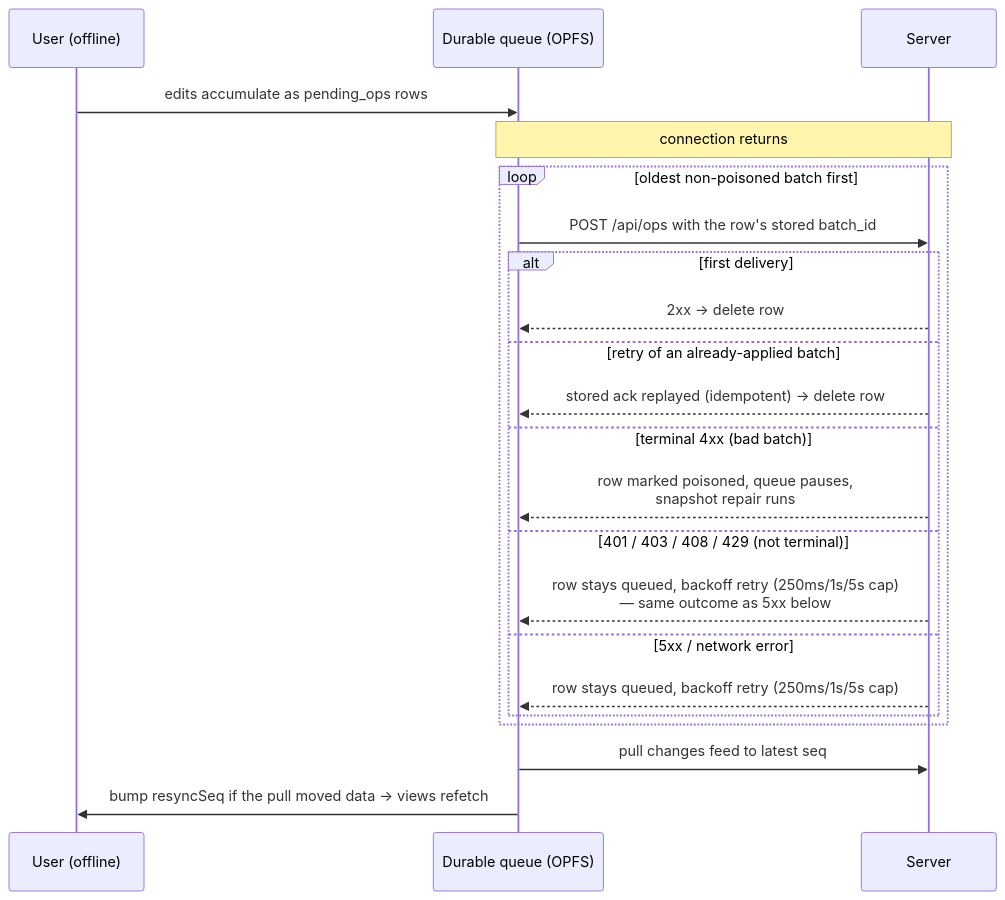
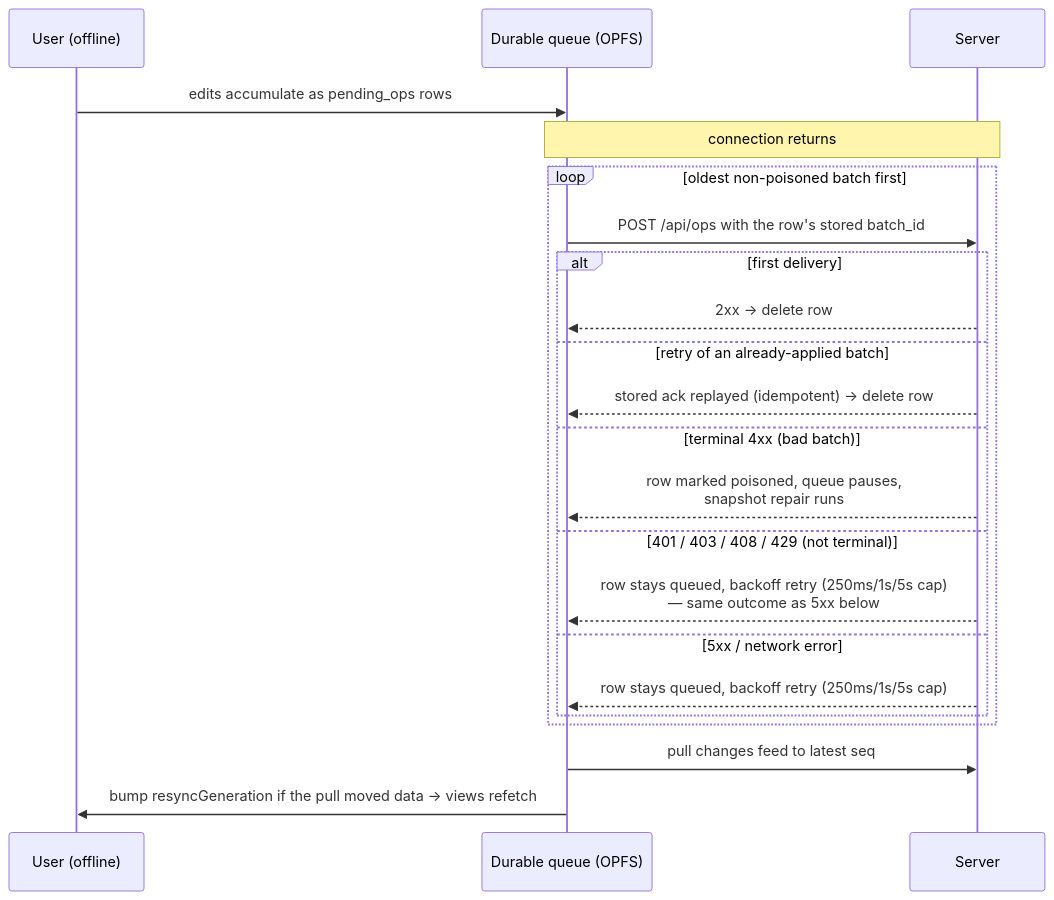
The third of 3 diagrams in docs/architecture/sync-and-offline.md (ArthurClune/pkm-system), drawn with Mermaid before and after one commit. The commit also changed other lines of this file and 55 other files, not shown here.

````diff
--- a/docs/architecture/sync-and-offline.md
+++ b/docs/architecture/sync-and-offline.md
@@ -233,25 +246,25 @@
 ```mermaid
 sequenceDiagram
     participant U as User (offline)
     participant Q as Durable queue (OPFS)
     participant S as Server
 
     U->>Q: edits accumulate as pending_ops rows
     Note over Q,S: connection returns
     loop oldest non-poisoned batch first
         Q->>S: POST /api/ops with the row's stored batch_id
         alt first delivery
             S-->>Q: 2xx → delete row
         else retry of an already-applied batch
             S-->>Q: stored ack replayed (idempotent) → delete row
         else terminal 4xx (bad batch)
             S-->>Q: row marked poisoned, queue pauses,<br/>snapshot repair runs
         else 401 / 403 / 408 / 429 (not terminal)
             S-->>Q: row stays queued, backoff retry (250ms/1s/5s cap)<br/>— same outcome as 5xx below
         else 5xx / network error
             S-->>Q: row stays queued, backoff retry (250ms/1s/5s cap)
         end
     end
     Q->>S: pull changes feed to latest seq
-    Q->>U: bump resyncSeq if the pull moved data → views refetch
+    Q->>U: bump resyncGeneration if the pull moved data → views refetch
 ```
````
